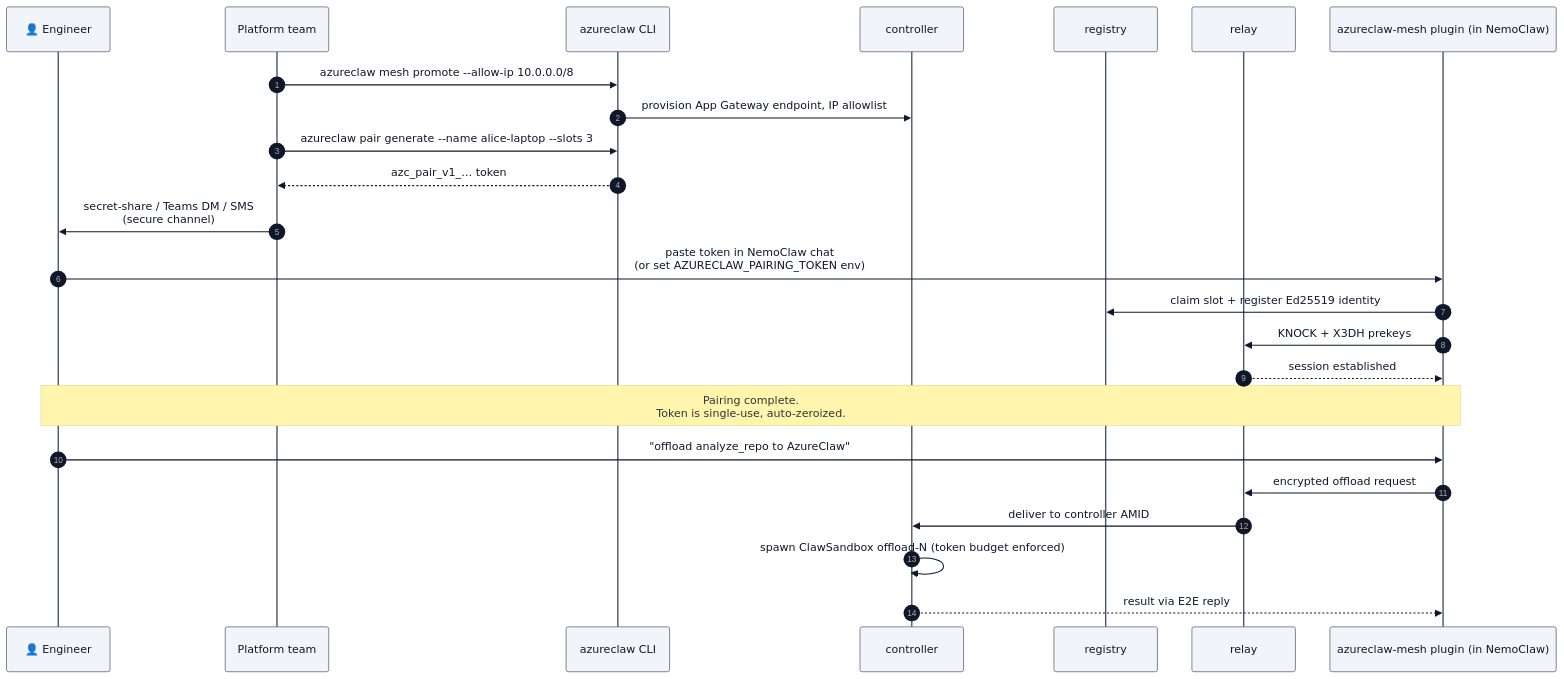
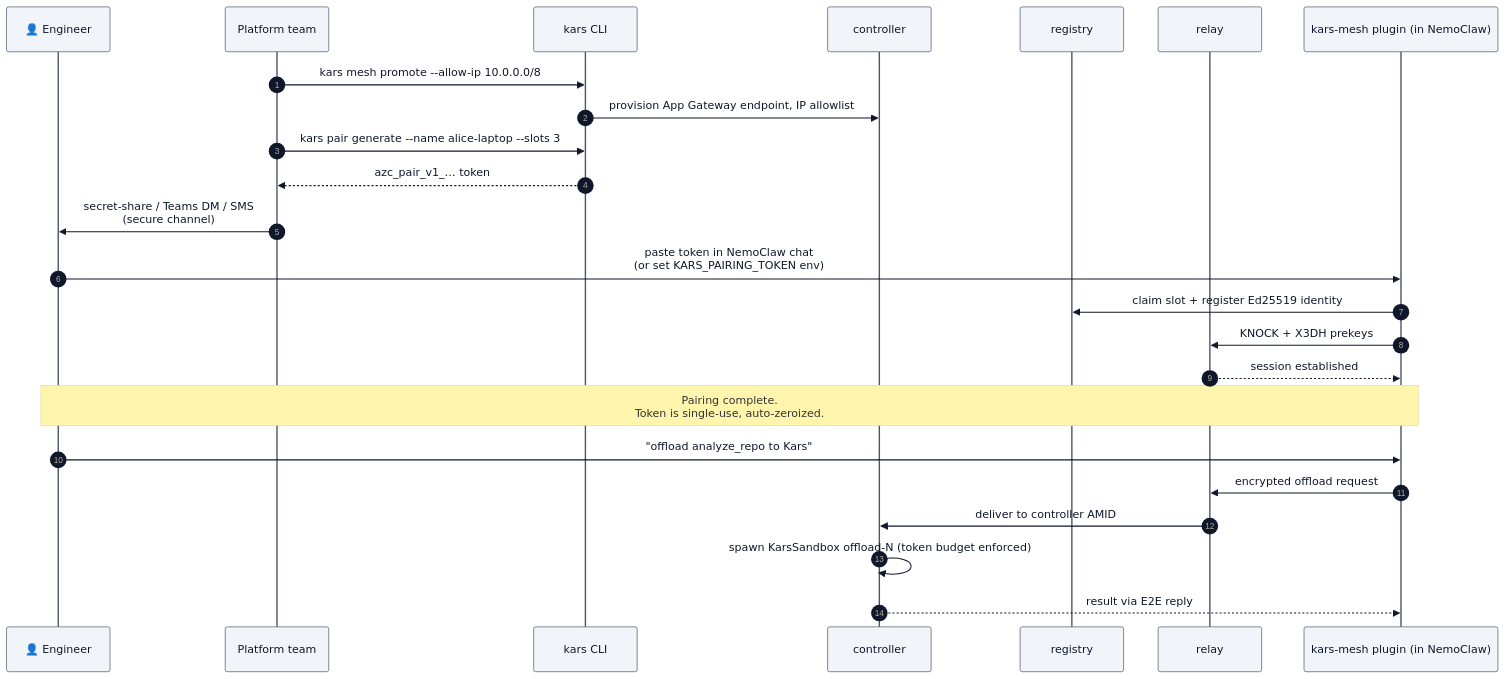
Before and after one commit to lachie83/kars: the third of 3 diagrams in docs/blueprints/02-enterprise-self-hosted.md, drawn with Mermaid. The commit also changed other lines of this file and 694 other files, not shown here.

````diff
--- a/docs/blueprints/02-enterprise-self-hosted.md
+++ b/docs/blueprints/02-enterprise-self-hosted.md
@@ -101,29 +101,29 @@
 ```mermaid
 %%{init: {'theme':'base','themeVariables':{'primaryColor':'#f1f5f9','primaryBorderColor':'#475569','primaryTextColor':'#0f172a','lineColor':'#475569','clusterBkg':'#f8fafc','clusterBorder':'#94a3b8','fontFamily':'-apple-system, BlinkMacSystemFont, Segoe UI, sans-serif'}}}%%
 sequenceDiagram
     autonumber
     participant Eng as 👤 Engineer
     participant Ops as Platform team
-    participant CLI as azureclaw CLI
+    participant CLI as kars CLI
     participant Ctrl as controller
     participant Reg as registry
     participant Rly as relay
-    participant Plg as azureclaw-mesh plugin (in NemoClaw)
+    participant Plg as kars-mesh plugin (in NemoClaw)
 
-    Ops->>CLI: azureclaw mesh promote --allow-ip 10.0.0.0/8
+    Ops->>CLI: kars mesh promote --allow-ip 10.0.0.0/8
     CLI->>Ctrl: provision App Gateway endpoint, IP allowlist
-    Ops->>CLI: azureclaw pair generate --name alice-laptop --slots 3
+    Ops->>CLI: kars pair generate --name alice-laptop --slots 3
     CLI-->>Ops: azc_pair_v1_… token
     Ops->>Eng: secret-share / Teams DM / SMS<br/>(secure channel)
-    Eng->>Plg: paste token in NemoClaw chat<br/>(or set AZURECLAW_PAIRING_TOKEN env)
+    Eng->>Plg: paste token in NemoClaw chat<br/>(or set KARS_PAIRING_TOKEN env)
     Plg->>Reg: claim slot + register Ed25519 identity
     Plg->>Rly: KNOCK + X3DH prekeys
     Rly-->>Plg: session established
     Note over Eng,Plg: Pairing complete.<br/>Token is single-use, auto-zeroized.
 
-    Eng->>Plg: "offload analyze_repo to AzureClaw"
+    Eng->>Plg: "offload analyze_repo to Kars"
     Plg->>Rly: encrypted offload request
     Rly->>Ctrl: deliver to controller AMID
-    Ctrl->>Ctrl: spawn ClawSandbox offload-N (token budget enforced)
+    Ctrl->>Ctrl: spawn KarsSandbox offload-N (token budget enforced)
     Ctrl-->>Plg: result via E2E reply
 ```
````
